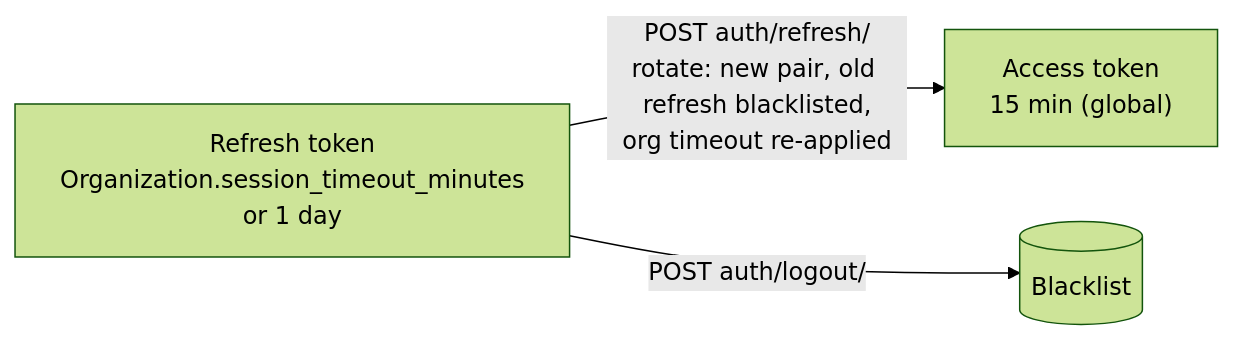
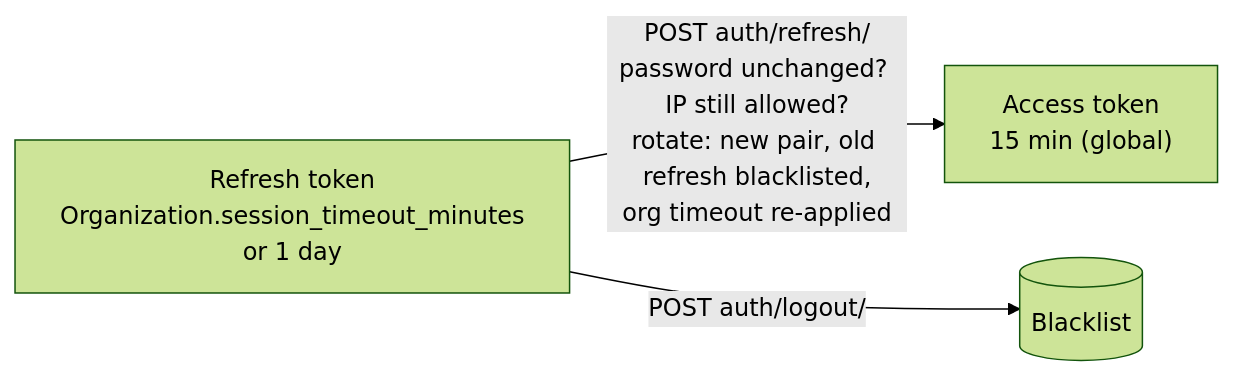
The second of 3 diagrams in docs/architecture/04-authentication.md (Iknow-dot/barcode-scanner-app), drawn with Mermaid (forest theme) before and after one commit. The commit also changed other lines of this file and 5 other files, not shown here.

First line of the commit message:
fix(auth): end sessions when their password, allowlist or device changes

````diff
--- a/docs/architecture/04-authentication.md
+++ b/docs/architecture/04-authentication.md
@@ -74,9 +74,9 @@
 ```mermaid
 flowchart LR
     access["Access token<br/>15 min (global)"]
     refresh["Refresh token<br/>Organization.session_timeout_minutes<br/>or 1 day"]
     bl[("Blacklist")]
 
-    refresh -- "POST auth/refresh/<br/>rotate: new pair, old refresh blacklisted,<br/>org timeout re-applied" --> access
+    refresh -- "POST auth/refresh/<br/>password unchanged? IP still allowed?<br/>rotate: new pair, old refresh blacklisted,<br/>org timeout re-applied" --> access
     refresh -- "POST auth/logout/" --> bl
 ```
````
